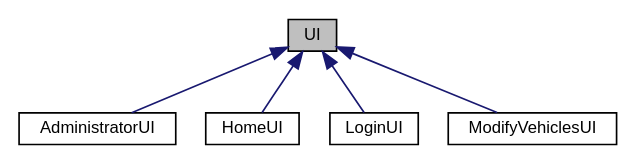
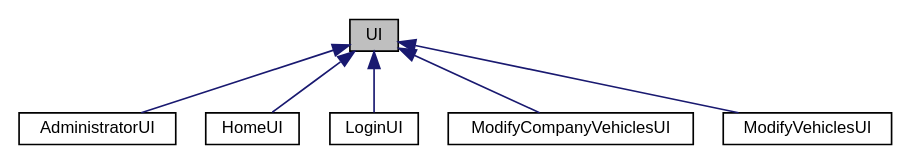
Before and after one commit to ctrlMarcio/feup-cal-proj: the diagram in classUI__inherit__graph.dot, drawn with Graphviz. The commit also changed 86 other files, not shown here.

```diff
--- a/classUI__inherit__graph.dot
+++ b/classUI__inherit__graph.dot
@@ -1,14 +1,16 @@
 digraph "UI"
 {
   edge [fontname="Helvetica",fontsize="10",labelfontname="Helvetica",labelfontsize="10"];
   node [fontname="Helvetica",fontsize="10",shape=record];
   Node0 [label="UI",height=0.2,width=0.4,color="black", fillcolor="grey75", style="filled", fontcolor="black"];
   Node0 -> Node1 [dir="back",color="midnightblue",fontsize="10",style="solid",fontname="Helvetica"];
   Node1 [label="AdministratorUI",height=0.2,width=0.4,color="black", fillcolor="white", style="filled",URL="$classAdministratorUI.html"];
   Node0 -> Node2 [dir="back",color="midnightblue",fontsize="10",style="solid",fontname="Helvetica"];
   Node2 [label="HomeUI",height=0.2,width=0.4,color="black", fillcolor="white", style="filled",URL="$classHomeUI.html"];
   Node0 -> Node3 [dir="back",color="midnightblue",fontsize="10",style="solid",fontname="Helvetica"];
   Node3 [label="LoginUI",height=0.2,width=0.4,color="black", fillcolor="white", style="filled",URL="$classLoginUI.html"];
   Node0 -> Node4 [dir="back",color="midnightblue",fontsize="10",style="solid",fontname="Helvetica"];
-  Node4 [label="ModifyVehiclesUI",height=0.2,width=0.4,color="black", fillcolor="white", style="filled",URL="$classModifyVehiclesUI.html"];
+  Node4 [label="ModifyCompanyVehiclesUI",height=0.2,width=0.4,color="black", fillcolor="white", style="filled",URL="$classModifyCompanyVehiclesUI.html"];
+  Node0 -> Node5 [dir="back",color="midnightblue",fontsize="10",style="solid",fontname="Helvetica"];
+  Node5 [label="ModifyVehiclesUI",height=0.2,width=0.4,color="black", fillcolor="white", style="filled",URL="$classModifyVehiclesUI.html"];
 }
```
